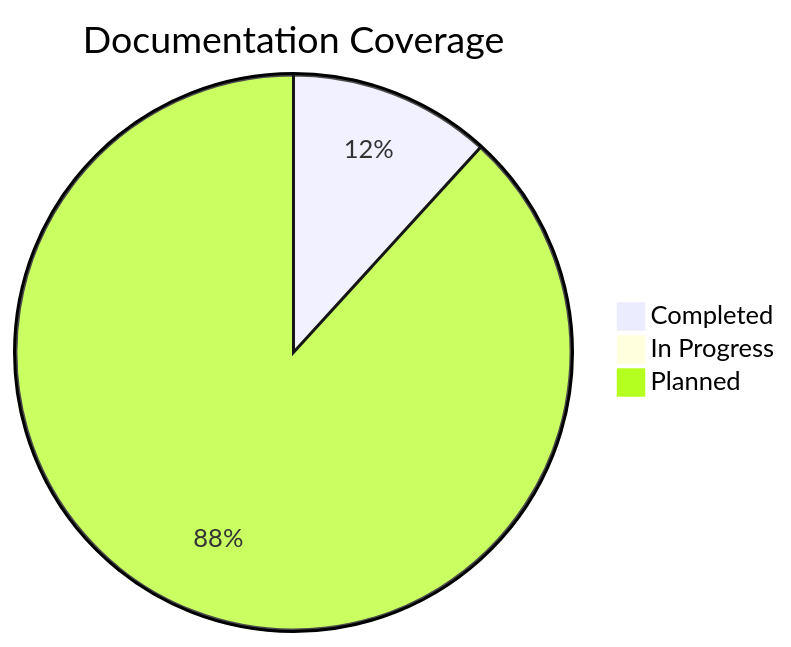
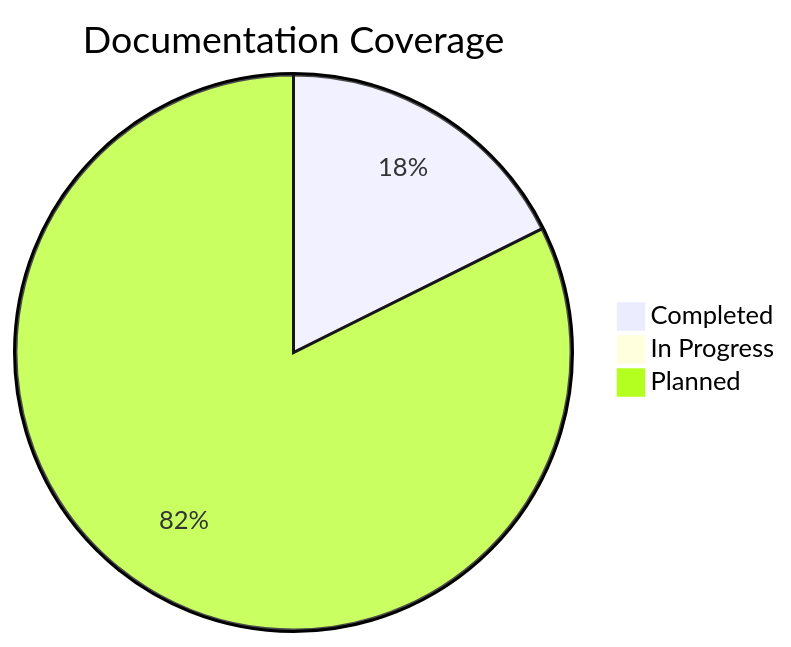
One commit to abhayraj-ops/Cake-Learn changed the second of 2 diagrams in docs/index.md. Above: the diagram before and after it, drawn with Mermaid. The commit also changed other lines of this file and 2 other files, not shown here.

Commit message:
fix: correct page counters and update documentation progress

````diff
--- a/docs/index.md
+++ b/docs/index.md
@@ -173,6 +173,6 @@
 ```mermaid
 pie title Documentation Coverage
-    "Completed" : 2
+    "Completed" : 3
     "In Progress" : 0
-    "Planned" : 15
+    "Planned" : 14
 ```
````
